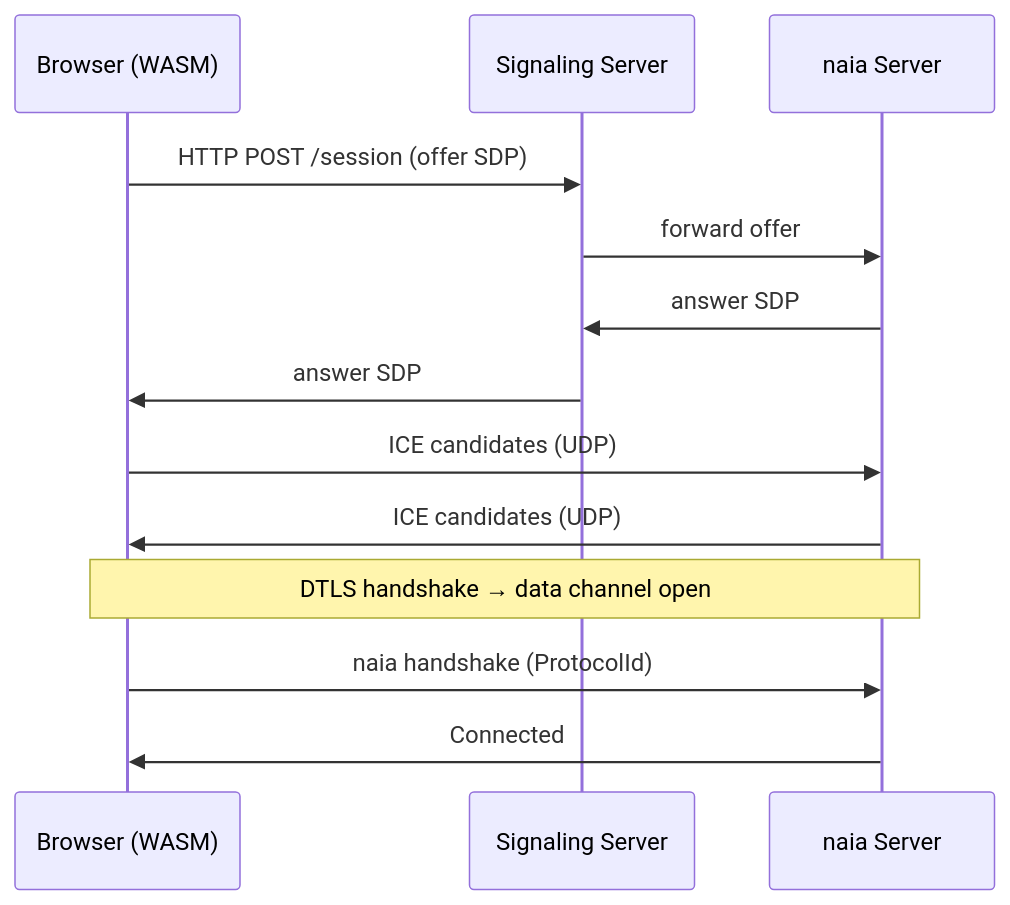
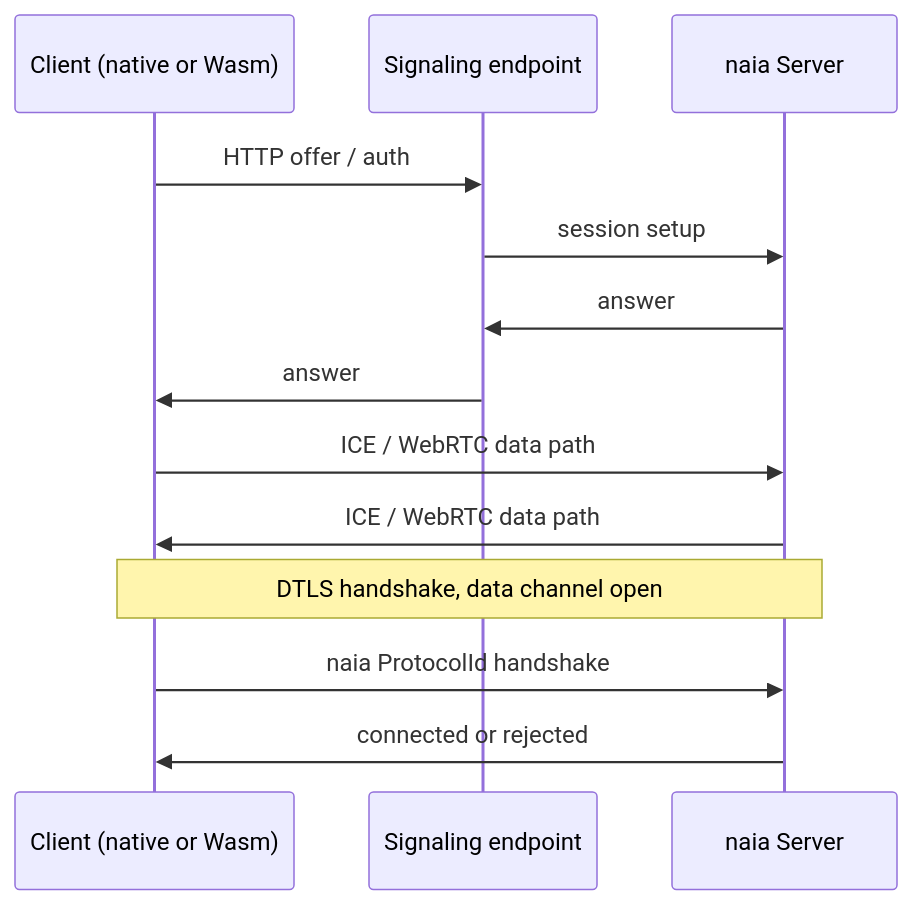
One commit to naia-lib/naia changed the diagram in book/src/transports/webrtc.md. Above: the diagram before and after it, drawn with Mermaid. The commit also changed other lines of this file and 41 other files, not shown here.

````diff
--- a/book/src/transports/webrtc.md
+++ b/book/src/transports/webrtc.md
@@ -14,16 +25,16 @@
 ```mermaid
 sequenceDiagram
-    participant B as Browser (WASM)
-    participant Sig as Signaling Server
+    participant C as Client (native or Wasm)
+    participant Sig as Signaling endpoint
     participant S as naia Server
 
-    B->>Sig: HTTP POST /session (offer SDP)
-    Sig->>S: forward offer
-    S->>Sig: answer SDP
-    Sig->>B: answer SDP
-    B->>S: ICE candidates (UDP)
-    S->>B: ICE candidates (UDP)
-    Note over B,S: DTLS handshake → data channel open
-    B->>S: naia handshake (ProtocolId)
-    S->>B: Connected
+    C->>Sig: HTTP offer / auth
+    Sig->>S: session setup
+    S->>Sig: answer
+    Sig->>C: answer
+    C->>S: ICE / WebRTC data path
+    S->>C: ICE / WebRTC data path
+    Note over C,S: DTLS handshake, data channel open
+    C->>S: naia ProtocolId handshake
+    S->>C: connected or rejected
 ```
````
